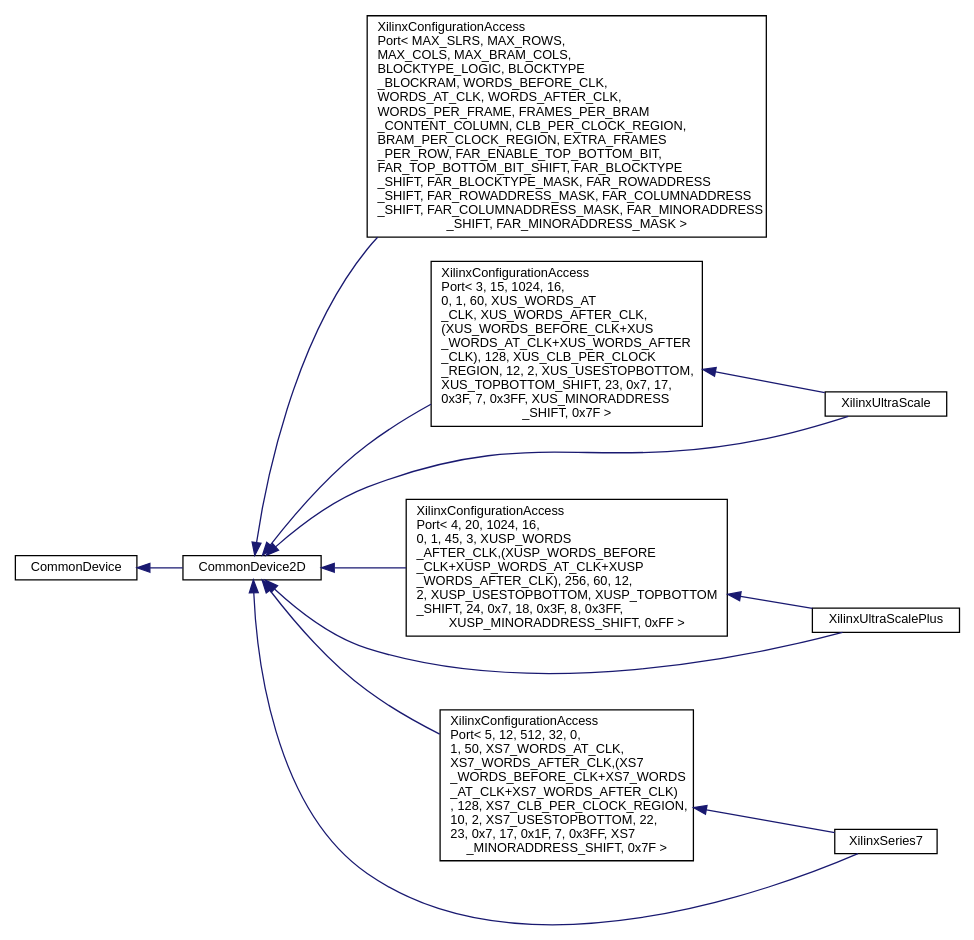
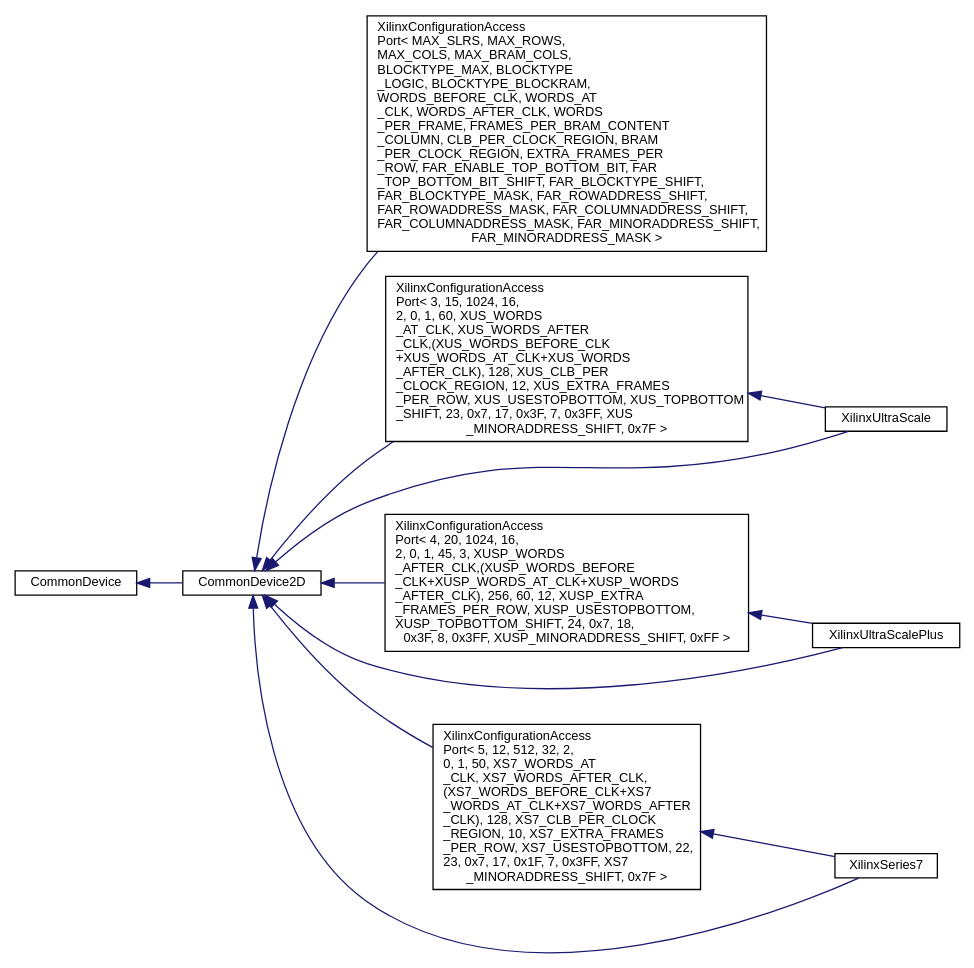
Before and after one commit to FPGA-Research-Manchester/byteman: the diagram in inherit_graph_2.dot, drawn with Graphviz. The commit also changed 761 other files, not shown here.

```diff
--- a/inherit_graph_2.dot
+++ b/inherit_graph_2.dot
@@ -1,28 +1,28 @@
 digraph "Graphical Class Hierarchy"
 {
  // INTERACTIVE_SVG=YES
  // LATEX_PDF_SIZE
   edge [fontname="Helvetica",fontsize="10",labelfontname="Helvetica",labelfontsize="10"];
   node [fontname="Helvetica",fontsize="10",shape=record];
   rankdir="LR";
   Node0 [label="CommonDevice",height=0.2,width=0.4,color="black", fillcolor="white", style="filled",URL="$classCommonDevice.html",tooltip=" "];
   Node0 -> Node1 [dir="back",color="midnightblue",fontsize="10",style="solid",fontname="Helvetica"];
   Node1 [label="CommonDevice2D",height=0.2,width=0.4,color="black", fillcolor="white", style="filled",URL="$classCommonDevice2D.html",tooltip=" "];
   Node1 -> Node2 [dir="back",color="midnightblue",fontsize="10",style="solid",fontname="Helvetica"];
-  Node2 [label="XilinxConfigurationAccess\lPort\< MAX_SLRS, MAX_ROWS,\l MAX_COLS, MAX_BRAM_COLS,\l BLOCKTYPE_LOGIC, BLOCKTYPE\l_BLOCKRAM, WORDS_BEFORE_CLK,\l WORDS_AT_CLK, WORDS_AFTER_CLK,\l WORDS_PER_FRAME, FRAMES_PER_BRAM\l_CONTENT_COLUMN, CLB_PER_CLOCK_REGION,\l BRAM_PER_CLOCK_REGION, EXTRA_FRAMES\l_PER_ROW, FAR_ENABLE_TOP_BOTTOM_BIT,\l FAR_TOP_BOTTOM_BIT_SHIFT, FAR_BLOCKTYPE\l_SHIFT, FAR_BLOCKTYPE_MASK, FAR_ROWADDRESS\l_SHIFT, FAR_ROWADDRESS_MASK, FAR_COLUMNADDRESS\l_SHIFT, FAR_COLUMNADDRESS_MASK, FAR_MINORADDRESS\l_SHIFT, FAR_MINORADDRESS_MASK \>",height=0.2,width=0.4,color="black", fillcolor="white", style="filled",URL="$classXilinxConfigurationAccessPort.html",tooltip=" "];
+  Node2 [label="XilinxConfigurationAccess\lPort\< MAX_SLRS, MAX_ROWS,\l MAX_COLS, MAX_BRAM_COLS,\l BLOCKTYPE_MAX, BLOCKTYPE\l_LOGIC, BLOCKTYPE_BLOCKRAM,\l WORDS_BEFORE_CLK, WORDS_AT\l_CLK, WORDS_AFTER_CLK, WORDS\l_PER_FRAME, FRAMES_PER_BRAM_CONTENT\l_COLUMN, CLB_PER_CLOCK_REGION, BRAM\l_PER_CLOCK_REGION, EXTRA_FRAMES_PER\l_ROW, FAR_ENABLE_TOP_BOTTOM_BIT, FAR\l_TOP_BOTTOM_BIT_SHIFT, FAR_BLOCKTYPE_SHIFT,\l FAR_BLOCKTYPE_MASK, FAR_ROWADDRESS_SHIFT,\l FAR_ROWADDRESS_MASK, FAR_COLUMNADDRESS_SHIFT,\l FAR_COLUMNADDRESS_MASK, FAR_MINORADDRESS_SHIFT,\l FAR_MINORADDRESS_MASK \>",height=0.2,width=0.4,color="black", fillcolor="white", style="filled",URL="$classXilinxConfigurationAccessPort.html",tooltip=" "];
   Node1 -> Node3 [dir="back",color="midnightblue",fontsize="10",style="solid",fontname="Helvetica"];
-  Node3 [label="XilinxConfigurationAccess\lPort\< 3, 15, 1024, 16,\l 0, 1, 60, XUS_WORDS_AT\l_CLK, XUS_WORDS_AFTER_CLK,\l(XUS_WORDS_BEFORE_CLK+XUS\l_WORDS_AT_CLK+XUS_WORDS_AFTER\l_CLK), 128, XUS_CLB_PER_CLOCK\l_REGION, 12, 2, XUS_USESTOPBOTTOM,\l XUS_TOPBOTTOM_SHIFT, 23, 0x7, 17,\l 0x3F, 7, 0x3FF, XUS_MINORADDRESS\l_SHIFT, 0x7F \>",height=0.2,width=0.4,color="black", fillcolor="white", style="filled",URL="$classXilinxConfigurationAccessPort.html",tooltip=" "];
+  Node3 [label="XilinxConfigurationAccess\lPort\< 3, 15, 1024, 16,\l 2, 0, 1, 60, XUS_WORDS\l_AT_CLK, XUS_WORDS_AFTER\l_CLK,(XUS_WORDS_BEFORE_CLK\l+XUS_WORDS_AT_CLK+XUS_WORDS\l_AFTER_CLK), 128, XUS_CLB_PER\l_CLOCK_REGION, 12, XUS_EXTRA_FRAMES\l_PER_ROW, XUS_USESTOPBOTTOM, XUS_TOPBOTTOM\l_SHIFT, 23, 0x7, 17, 0x3F, 7, 0x3FF, XUS\l_MINORADDRESS_SHIFT, 0x7F \>",height=0.2,width=0.4,color="black", fillcolor="white", style="filled",URL="$classXilinxConfigurationAccessPort.html",tooltip=" "];
   Node3 -> Node4 [dir="back",color="midnightblue",fontsize="10",style="solid",fontname="Helvetica"];
   Node4 [label="XilinxUltraScale",height=0.2,width=0.4,color="black", fillcolor="white", style="filled",URL="$classXilinxUltraScale.html",tooltip=" "];
   Node1 -> Node5 [dir="back",color="midnightblue",fontsize="10",style="solid",fontname="Helvetica"];
-  Node5 [label="XilinxConfigurationAccess\lPort\< 4, 20, 1024, 16,\l 0, 1, 45, 3, XUSP_WORDS\l_AFTER_CLK,(XUSP_WORDS_BEFORE\l_CLK+XUSP_WORDS_AT_CLK+XUSP\l_WORDS_AFTER_CLK), 256, 60, 12,\l 2, XUSP_USESTOPBOTTOM, XUSP_TOPBOTTOM\l_SHIFT, 24, 0x7, 18, 0x3F, 8, 0x3FF,\l XUSP_MINORADDRESS_SHIFT, 0xFF \>",height=0.2,width=0.4,color="black", fillcolor="white", style="filled",URL="$classXilinxConfigurationAccessPort.html",tooltip=" "];
+  Node5 [label="XilinxConfigurationAccess\lPort\< 4, 20, 1024, 16,\l 2, 0, 1, 45, 3, XUSP_WORDS\l_AFTER_CLK,(XUSP_WORDS_BEFORE\l_CLK+XUSP_WORDS_AT_CLK+XUSP_WORDS\l_AFTER_CLK), 256, 60, 12, XUSP_EXTRA\l_FRAMES_PER_ROW, XUSP_USESTOPBOTTOM,\l XUSP_TOPBOTTOM_SHIFT, 24, 0x7, 18,\l 0x3F, 8, 0x3FF, XUSP_MINORADDRESS_SHIFT, 0xFF \>",height=0.2,width=0.4,color="black", fillcolor="white", style="filled",URL="$classXilinxConfigurationAccessPort.html",tooltip=" "];
   Node5 -> Node6 [dir="back",color="midnightblue",fontsize="10",style="solid",fontname="Helvetica"];
   Node6 [label="XilinxUltraScalePlus",height=0.2,width=0.4,color="black", fillcolor="white", style="filled",URL="$classXilinxUltraScalePlus.html",tooltip=" "];
   Node1 -> Node7 [dir="back",color="midnightblue",fontsize="10",style="solid",fontname="Helvetica"];
-  Node7 [label="XilinxConfigurationAccess\lPort\< 5, 12, 512, 32, 0,\l 1, 50, XS7_WORDS_AT_CLK,\l XS7_WORDS_AFTER_CLK,(XS7\l_WORDS_BEFORE_CLK+XS7_WORDS\l_AT_CLK+XS7_WORDS_AFTER_CLK)\l, 128, XS7_CLB_PER_CLOCK_REGION,\l 10, 2, XS7_USESTOPBOTTOM, 22,\l 23, 0x7, 17, 0x1F, 7, 0x3FF, XS7\l_MINORADDRESS_SHIFT, 0x7F \>",height=0.2,width=0.4,color="black", fillcolor="white", style="filled",URL="$classXilinxConfigurationAccessPort.html",tooltip=" "];
+  Node7 [label="XilinxConfigurationAccess\lPort\< 5, 12, 512, 32, 2,\l 0, 1, 50, XS7_WORDS_AT\l_CLK, XS7_WORDS_AFTER_CLK,\l(XS7_WORDS_BEFORE_CLK+XS7\l_WORDS_AT_CLK+XS7_WORDS_AFTER\l_CLK), 128, XS7_CLB_PER_CLOCK\l_REGION, 10, XS7_EXTRA_FRAMES\l_PER_ROW, XS7_USESTOPBOTTOM, 22,\l 23, 0x7, 17, 0x1F, 7, 0x3FF, XS7\l_MINORADDRESS_SHIFT, 0x7F \>",height=0.2,width=0.4,color="black", fillcolor="white", style="filled",URL="$classXilinxConfigurationAccessPort.html",tooltip=" "];
   Node7 -> Node8 [dir="back",color="midnightblue",fontsize="10",style="solid",fontname="Helvetica"];
   Node8 [label="XilinxSeries7",height=0.2,width=0.4,color="black", fillcolor="white", style="filled",URL="$classXilinxSeries7.html",tooltip=" "];
   Node1 -> Node8 [dir="back",color="midnightblue",fontsize="10",style="solid",fontname="Helvetica"];
   Node1 -> Node4 [dir="back",color="midnightblue",fontsize="10",style="solid",fontname="Helvetica"];
   Node1 -> Node6 [dir="back",color="midnightblue",fontsize="10",style="solid",fontname="Helvetica"];
 }
```
